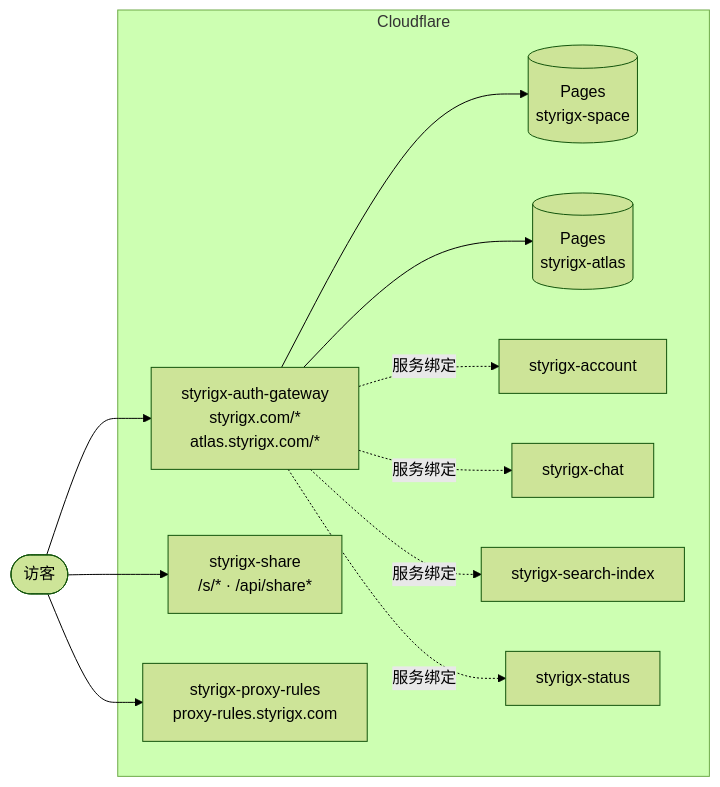
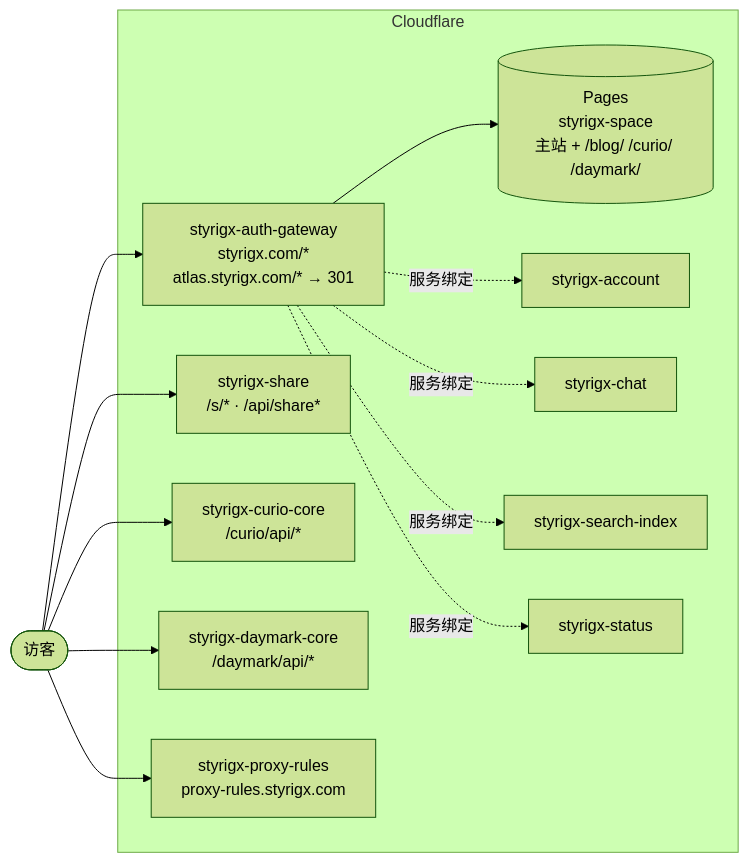
The diagram in README.md (styrigx/styrigx-space), drawn with Mermaid (forest theme) before and after one commit. The commit also changed other lines of this file and 104 other files, not shown here.

First line of the commit message:
feat: 合并 PR3：三站由网关按 styrigx.com/<站>/ 前缀分发，atlas.styrigx.com 301，接口 Worker 挂主域名

````diff
--- a/README.md
+++ b/README.md
@@ -70,17 +70,20 @@
 ```mermaid
 flowchart LR
   V([访客]) --> GW
   subgraph CF[Cloudflare]
-    GW[styrigx-auth-gateway<br/>styrigx.com/*<br/>atlas.styrigx.com/*]
+    GW[styrigx-auth-gateway<br/>styrigx.com/*<br/>atlas.styrigx.com/* → 301]
     SH[styrigx-share<br/>/s/* · /api/share*]
-    GW --> P1[(Pages<br/>styrigx-space)]
-    GW --> P2[(Pages<br/>styrigx-atlas)]
+    CC[styrigx-curio-core<br/>/curio/api/*]
+    DC[styrigx-daymark-core<br/>/daymark/api/*]
+    GW --> P1[(Pages<br/>styrigx-space<br/>主站 + /blog/ /curio/ /daymark/)]
     GW -. 服务绑定 .-> AC[styrigx-account]
     GW -. 服务绑定 .-> CH[styrigx-chat]
     GW -. 服务绑定 .-> SE[styrigx-search-index]
     GW -. 服务绑定 .-> ST[styrigx-status]
     PR[styrigx-proxy-rules<br/>proxy-rules.styrigx.com]
   end
   V --> SH
+  V --> CC
+  V --> DC
   V --> PR
 ```
````
